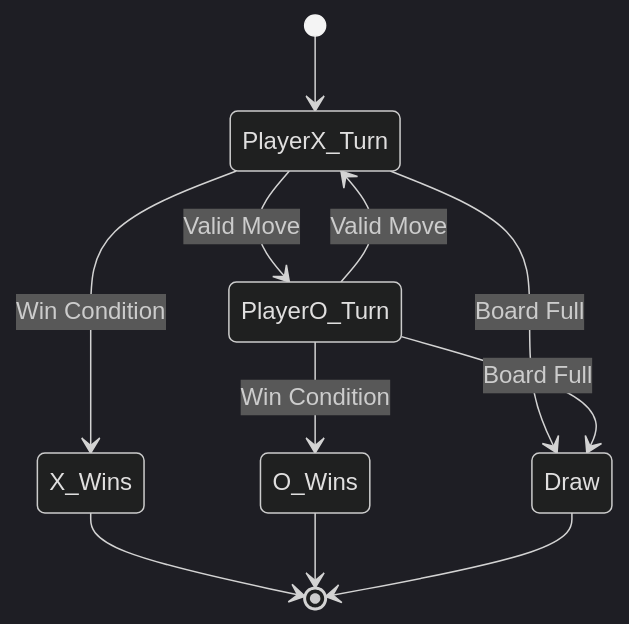
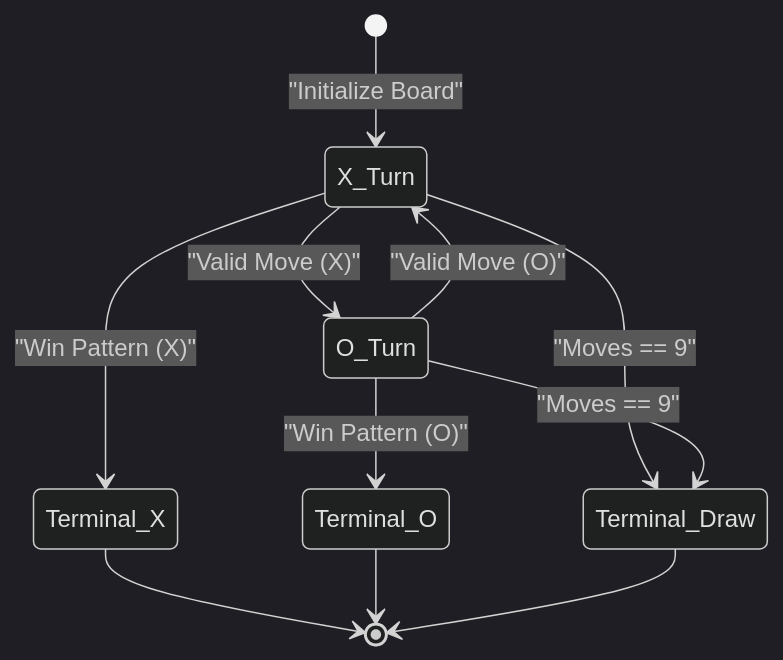
Before and after one commit to Amey-Thakur/PYTHON-SHORTS: the first of 2 diagrams in Source Code/Tic Tac Toe/README.md, drawn with Mermaid (dark theme). The commit also changed other lines of this file, not shown here.

````diff
--- a/Source Code/Tic Tac Toe/README.md
+++ b/Source Code/Tic Tac Toe/README.md
@@ -65,13 +56,14 @@
 ```mermaid
 stateDiagram-v2
-    [*] --> PlayerX_Turn
-    PlayerX_Turn --> PlayerO_Turn: Valid Move
-    PlayerO_Turn --> PlayerX_Turn: Valid Move
-    PlayerX_Turn --> X_Wins: Win Condition
-    PlayerO_Turn --> O_Wins: Win Condition
-    PlayerX_Turn --> Draw: Board Full
-    PlayerO_Turn --> Draw: Board Full
-    X_Wins --> [*]
-    O_Wins --> [*]
-    Draw --> [*]
+    direction TB
+    [*] --> X_Turn: "Initialize Board"
+    X_Turn --> O_Turn: "Valid Move (X)"
+    O_Turn --> X_Turn: "Valid Move (O)"
+    X_Turn --> Terminal_X: "Win Pattern (X)"
+    O_Turn --> Terminal_O: "Win Pattern (O)"
+    X_Turn --> Terminal_Draw: "Moves == 9"
+    O_Turn --> Terminal_Draw: "Moves == 9"
+    Terminal_X --> [*]
+    Terminal_O --> [*]
+    Terminal_Draw --> [*]
 ```
````
